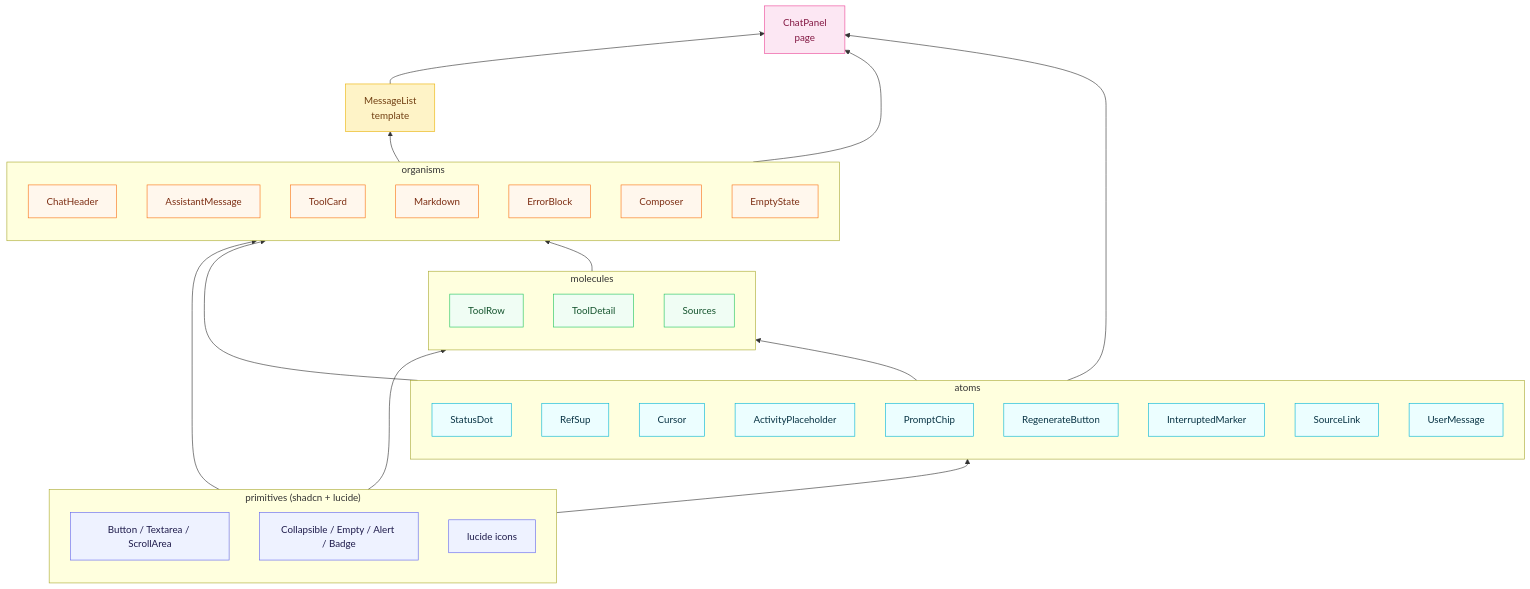
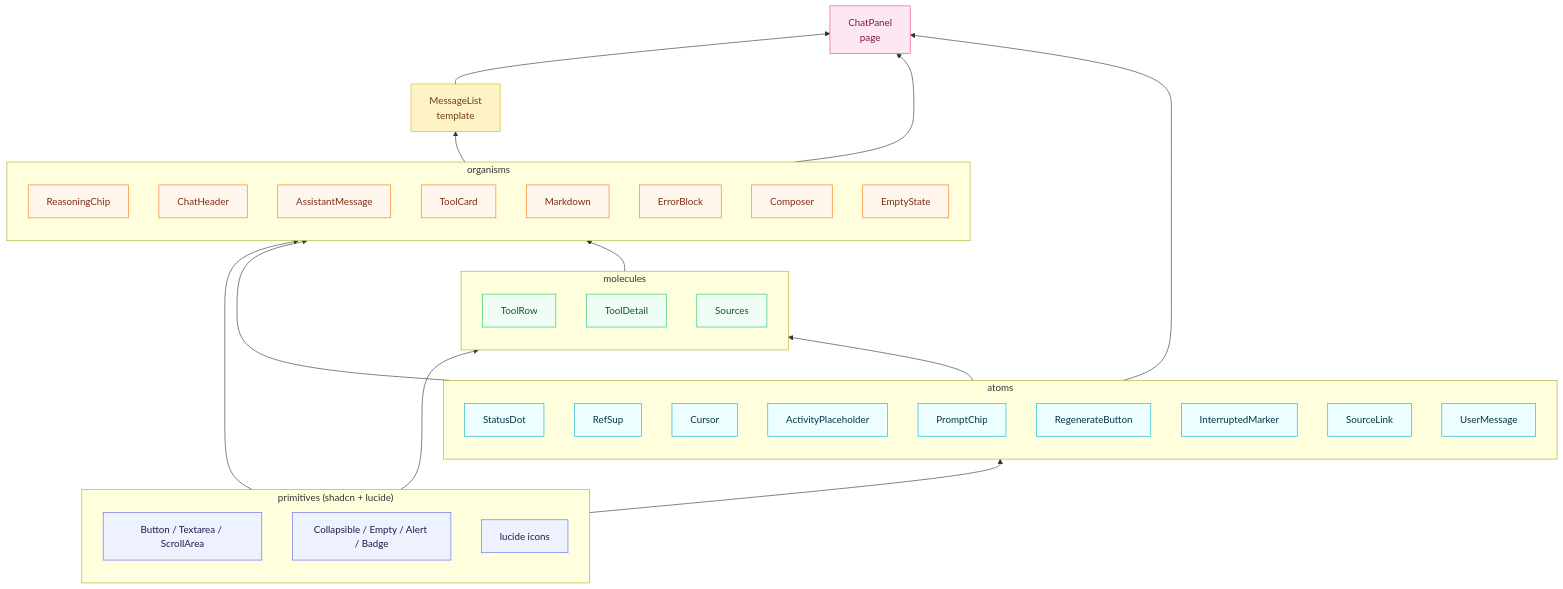
Before and after one commit to wei-yiting/fin-lab-x: the first of 4 diagrams in docs/frontend_chat_architecture.md, drawn with Mermaid. The commit also changed other lines of this file and 11 other files, not shown here.

First line of the commit message:
feat(frontend): reasoning chip component, derivation helpers and timing hook (not yet wired) (#57)

````diff
--- a/docs/frontend_chat_architecture.md
+++ b/docs/frontend_chat_architecture.md
@@ -15,64 +15,65 @@
 ```mermaid
 flowchart BT
     subgraph primitives["primitives (shadcn + lucide)"]
         P1[Button / Textarea / ScrollArea]
         P2[Collapsible / Empty / Alert / Badge]
         P3[lucide icons]
     end
 
     subgraph atoms
         StatusDot
         RefSup
         Cursor
         ActivityPlaceholder
         PromptChip
         RegenerateButton
         InterruptedMarker
         SourceLink
         UserMessage
     end
 
     subgraph molecules
         ToolRow
         ToolDetail
         Sources
     end
 
     subgraph organisms
+        ReasoningChip
         ChatHeader
         AssistantMessage
         ToolCard
         Markdown
         ErrorBlock
         Composer
         EmptyState
     end
 
     MessageList[MessageList<br/>template]
     ChatPanel[ChatPanel<br/>page]
 
     primitives --> atoms
     primitives --> molecules
     primitives --> organisms
     atoms --> molecules
     atoms --> organisms
     molecules --> organisms
     organisms --> MessageList
     MessageList --> ChatPanel
     organisms --> ChatPanel
     atoms --> ChatPanel
 
     classDef primitiveCls fill:#eef2ff,stroke:#6366f1,color:#1e1b4b
     classDef atomCls fill:#ecfeff,stroke:#06b6d4,color:#083344
     classDef moleculeCls fill:#f0fdf4,stroke:#22c55e,color:#14532d
     classDef organismCls fill:#fff7ed,stroke:#f97316,color:#7c2d12
     classDef templateCls fill:#fef3c7,stroke:#eab308,color:#713f12
     classDef pageCls fill:#fce7f3,stroke:#ec4899,color:#831843
 
     class P1,P2,P3 primitiveCls
     class StatusDot,RefSup,Cursor,ActivityPlaceholder,PromptChip,RegenerateButton,InterruptedMarker,SourceLink,UserMessage atomCls
     class ToolRow,ToolDetail,Sources moleculeCls
-    class ChatHeader,AssistantMessage,ToolCard,Markdown,ErrorBlock,Composer,EmptyState organismCls
+    class ReasoningChip,ChatHeader,AssistantMessage,ToolCard,Markdown,ErrorBlock,Composer,EmptyState organismCls
     class MessageList templateCls
     class ChatPanel pageCls
 ```
````
